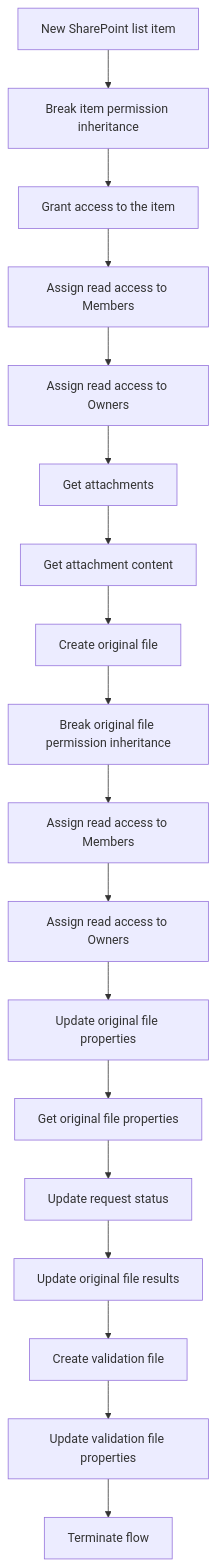
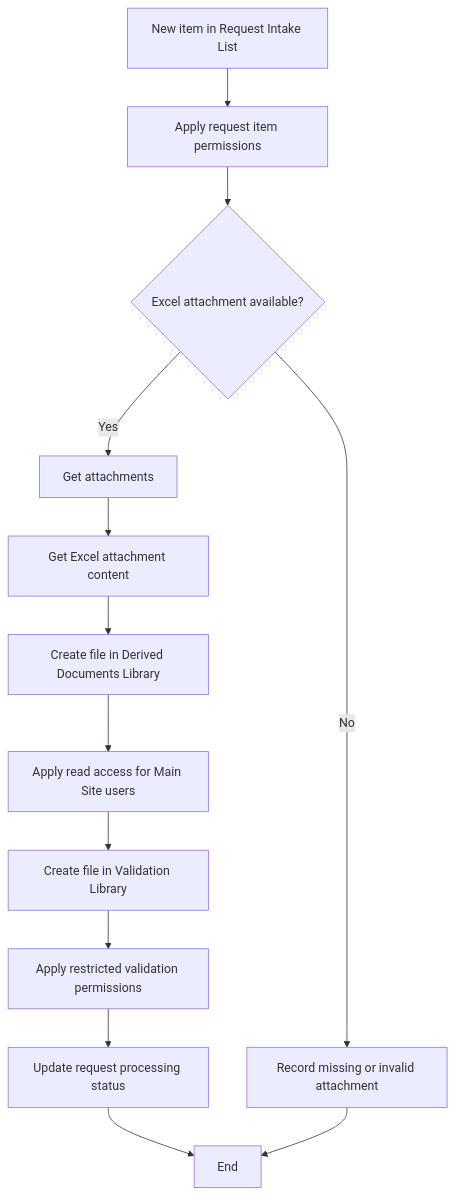
One commit to smartinmunoz/power-platform-portfolio changed the diagram in Power-Automate/SharePoint-Excel-Automation/flows/FL01-demo/README.md. Above: the diagram before and after it, drawn with Mermaid. The commit also changed other lines of this file, not shown here.

````diff
--- a/Power-Automate/SharePoint-Excel-Automation/flows/FL01-demo/README.md
+++ b/Power-Automate/SharePoint-Excel-Automation/flows/FL01-demo/README.md
@@ -13,20 +13,28 @@
 ```mermaid
 flowchart TD
-    A["New SharePoint list item"] --> B["Break item permission inheritance"]
-    B --> C["Grant access to the item"]
-    C --> D["Assign read access to Members"]
-    D --> E["Assign read access to Owners"]
-    E --> F["Get attachments"]
-    F --> G["Get attachment content"]
-    G --> H["Create original file"]
-    H --> I["Break original file permission inheritance"]
-    I --> J["Assign read access to Members"]
-    J --> K["Assign read access to Owners"]
-    K --> L["Update original file properties"]
-    L --> M["Get original file properties"]
-    M --> N["Update request status"]
-    N --> O["Update original file results"]
-    O --> P["Create validation file"]
-    P --> Q["Update validation file properties"]
-    Q --> R["Terminate flow"]
+    A["New item in Request Intake List"]
+    B["Apply request item permissions"]
+    C{"Excel attachment available?"}
+    D["Get attachments"]
+    E["Get Excel attachment content"]
+    F["Create file in Derived Documents Library"]
+    G["Apply read access for Main Site users"]
+    H["Create file in Validation Library"]
+    I["Apply restricted validation permissions"]
+    J["Update request processing status"]
+    K["End"]
+    L["Record missing or invalid attachment"]
+
+    A --> B
+    B --> C
+    C -->|Yes| D
+    D --> E
+    E --> F
+    F --> G
+    G --> H
+    H --> I
+    I --> J
+    J --> K
+    C -->|No| L
+    L --> K
 ```
````
